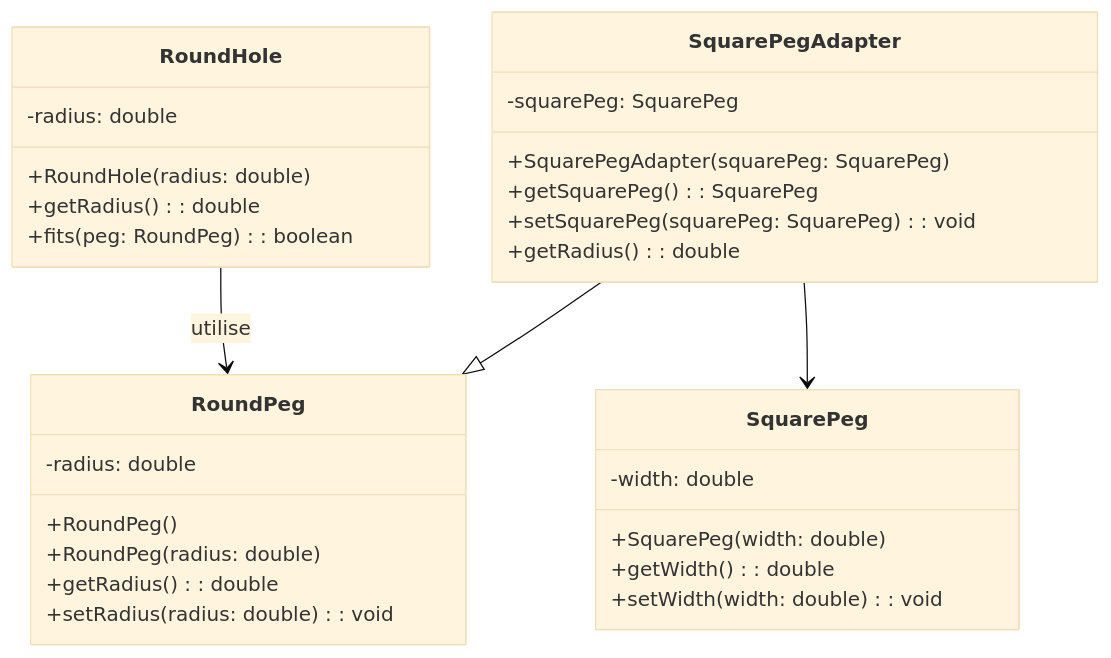
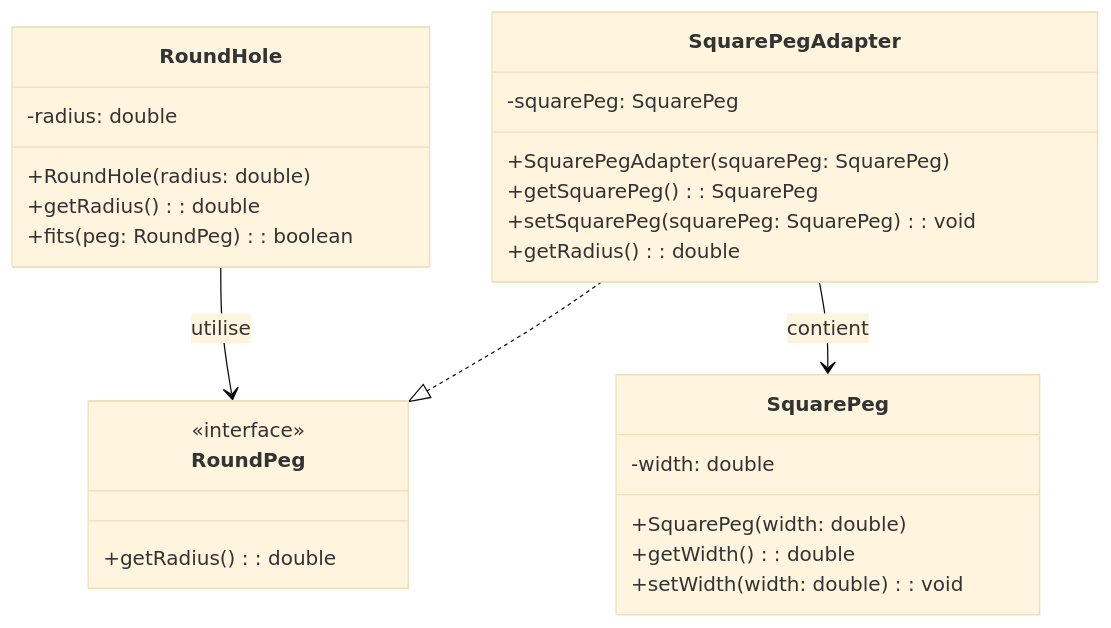
One commit to ophenix-maisonneuve/420-930-ma-site-web changed the diagram in _notes/patterns/structure/pattern-adapter.md. Above: the diagram before and after it, drawn with Mermaid (base theme). The commit also changed other lines of this file and 2 other files, not shown here.

Commit message:
ajout d'une mention du class adapter dans les notes adapter

````diff
--- a/_notes/patterns/structure/pattern-adapter.md
+++ b/_notes/patterns/structure/pattern-adapter.md
@@ -32,32 +33,29 @@
 ```mermaid
 classDiagram
-class RoundPeg { 
-  -radius: double
-  +RoundPeg()
-  +RoundPeg(radius: double)
+class RoundPeg {
+  <<interface>>
   +getRadius(): double
-  +setRadius(radius: double): void
 }
 class RoundHole {
   -radius: double
   +RoundHole(radius: double)
   +getRadius(): double
   +fits(peg: RoundPeg): boolean
 }
 class SquarePeg {
   -width: double
   +SquarePeg(width: double)
   +getWidth(): double
   +setWidth(width: double): void
 }
 class SquarePegAdapter {
   -squarePeg: SquarePeg
   +SquarePegAdapter(squarePeg: SquarePeg)
   +getSquarePeg(): SquarePeg
   +setSquarePeg(squarePeg: SquarePeg): void
   +getRadius(): double
 }
+SquarePegAdapter ..|> RoundPeg
+SquarePegAdapter --> SquarePeg : contient
 RoundHole --> RoundPeg : utilise
-SquarePegAdapter --|> RoundPeg
-SquarePegAdapter --> SquarePeg
 ```
````
